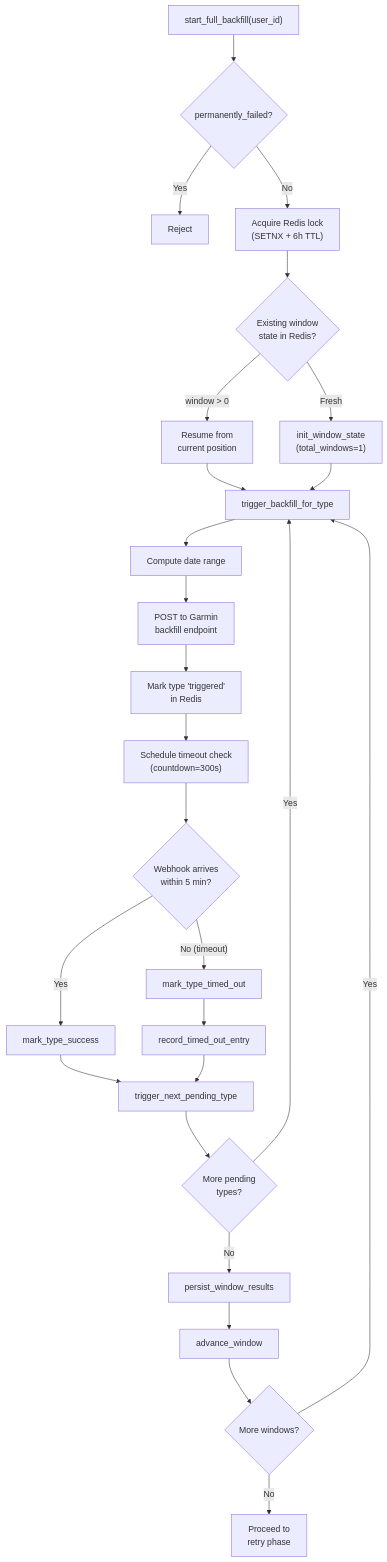
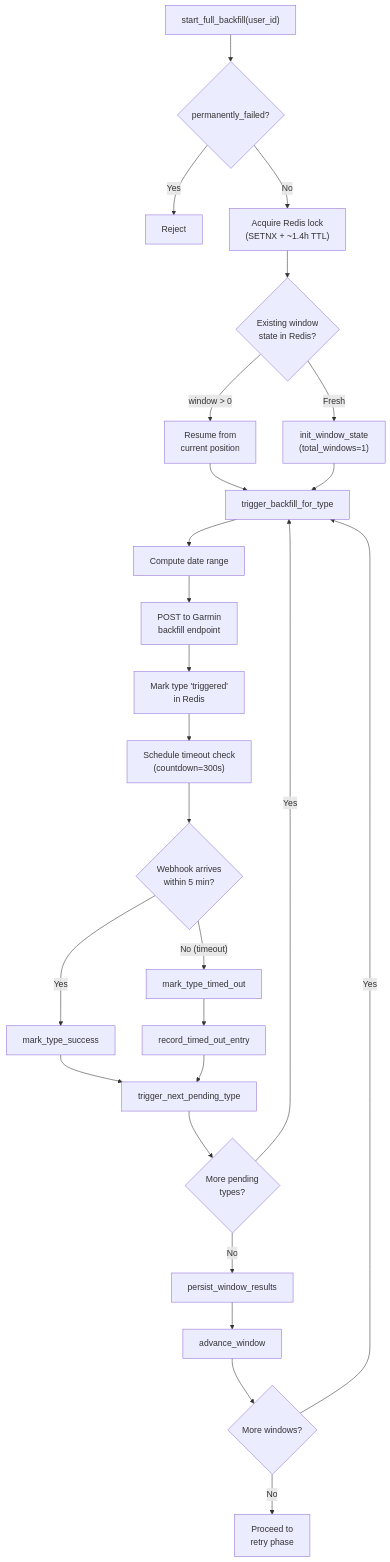
The fourth of 6 diagrams in docs/providers/garmin-data-pipeline.mdx (the-momentum/open-wearables), drawn with Mermaid before and after one commit. The commit also changed other lines of this file, not shown here.

Commit message:
fix: correct stale lock TTL references in Garmin backfill docs

````diff
--- a/docs/providers/garmin-data-pipeline.mdx
+++ b/docs/providers/garmin-data-pipeline.mdx
@@ -158,33 +158,33 @@
 ```mermaid
 graph TD
     A["start_full_backfill(user_id)"] --> B{"permanently_failed?"}
     B -->|"Yes"| B1["Reject"]
-    B -->|"No"| C["Acquire Redis lock<br/>(SETNX + 6h TTL)"]
+    B -->|"No"| C["Acquire Redis lock<br/>(SETNX + ~1.4h TTL)"]
     C --> D{"Existing window<br/>state in Redis?"}
     D -->|"window > 0"| E["Resume from<br/>current position"]
     D -->|"Fresh"| F["init_window_state<br/>(total_windows=1)"]
     E --> G["trigger_backfill_for_type"]
     F --> G
 
     G --> G1["Compute date range"]
     G1 --> G2["POST to Garmin<br/>backfill endpoint"]
     G2 --> G3["Mark type 'triggered'<br/>in Redis"]
     G3 --> G4["Schedule timeout check<br/>(countdown=300s)"]
 
     G4 --> H{"Webhook arrives<br/>within 5 min?"}
 
     H -->|"Yes"| I["mark_type_success"]
     I --> J["trigger_next_pending_type"]
     J --> K{"More pending<br/>types?"}
     K -->|"Yes"| G
     K -->|"No"| L["persist_window_results"]
 
     H -->|"No (timeout)"| M["mark_type_timed_out"]
     M --> M1["record_timed_out_entry"]
     M1 --> J
 
     L --> L1["advance_window"]
     L1 --> N{"More windows?"}
     N -->|"Yes"| G
     N -->|"No"| O["Proceed to<br/>retry phase"]
 ```
````
